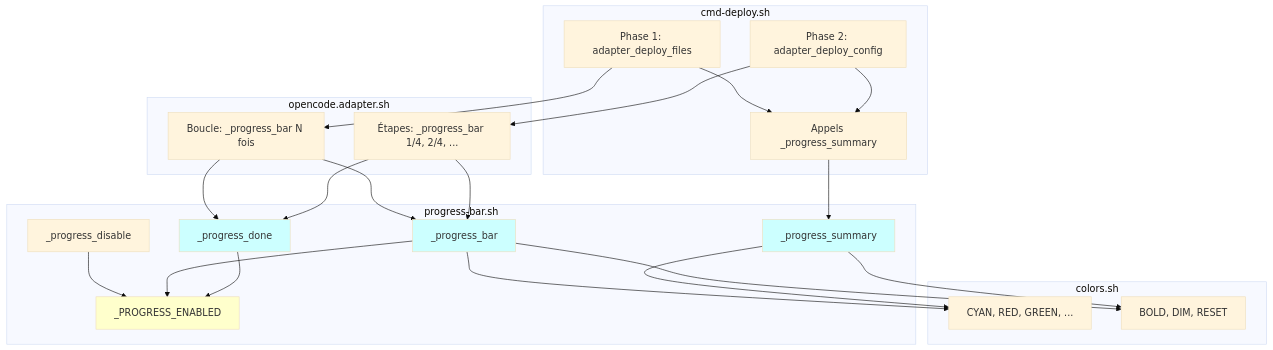
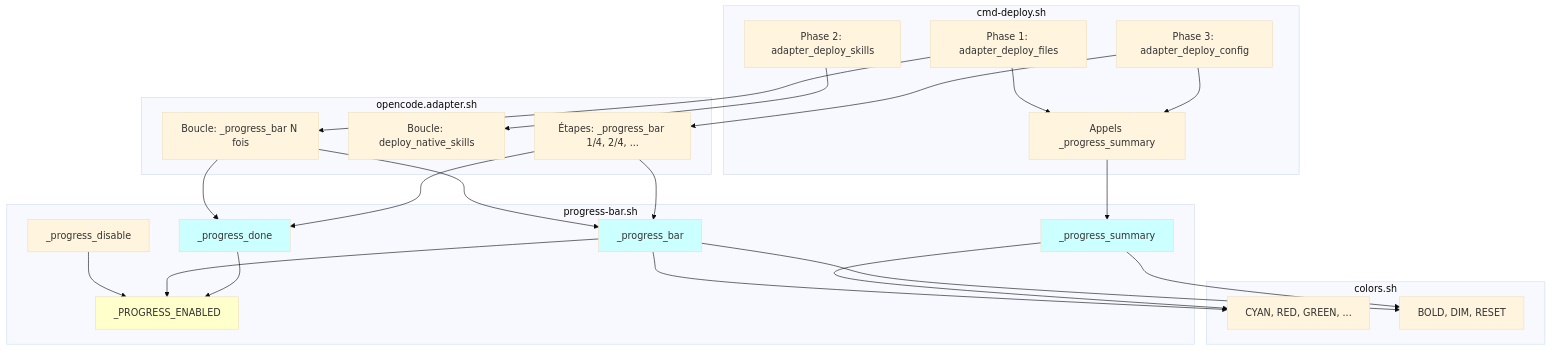
The fourth of 4 diagrams in docs/dev/progress-bar.fr.md (datichb/opencode-hub), drawn with Mermaid (base theme) before and after one commit. The commit also changed other lines of this file and 13 other files, not shown here.

First line of the commit message:
feat(deploy): phase skills native + --check skills + clamp silencieux

````diff
--- a/docs/dev/progress-bar.fr.md
+++ b/docs/dev/progress-bar.fr.md
@@ -641,50 +641,53 @@
 ```mermaid
 graph TB
     subgraph "progress-bar.sh"
         A[_PROGRESS_ENABLED]
         B[_progress_disable]
         C[_progress_bar]
         D[_progress_done]
         E[_progress_summary]
     end
     
     subgraph "colors.sh"
         F[CYAN, RED, GREEN, ...]
         G[BOLD, DIM, RESET]
     end
     
     subgraph "cmd-deploy.sh"
         H[Phase 1: adapter_deploy_files]
-        I[Phase 2: adapter_deploy_config]
+        H2[Phase 2: adapter_deploy_skills]
+        I[Phase 3: adapter_deploy_config]
         J[Appels _progress_summary]
     end
     
     subgraph "opencode.adapter.sh"
         K[Boucle: _progress_bar N fois]
+        K2[Boucle: deploy_native_skills]
         L[Étapes: _progress_bar 1/4, 2/4, ...]
     end
     
     B --> A
     C --> A
     D --> A
     C --> F
     C --> G
     E --> F
     E --> G
     
     H --> K
+    H2 --> K2
     I --> L
     H --> J
     I --> J
     
     K --> C
     L --> C
     K --> D
     L --> D
     J --> E
     
     style A fill:#ffffcc
     style C fill:#ccffff
     style D fill:#ccffff
     style E fill:#ccffff
 ```
````
